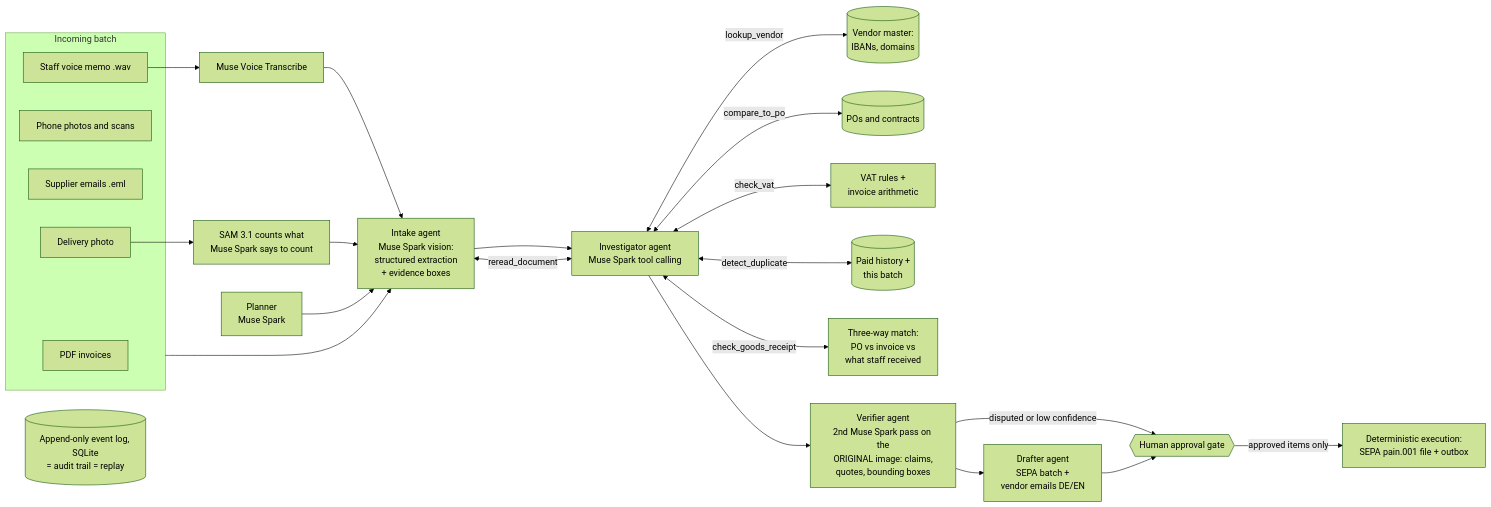
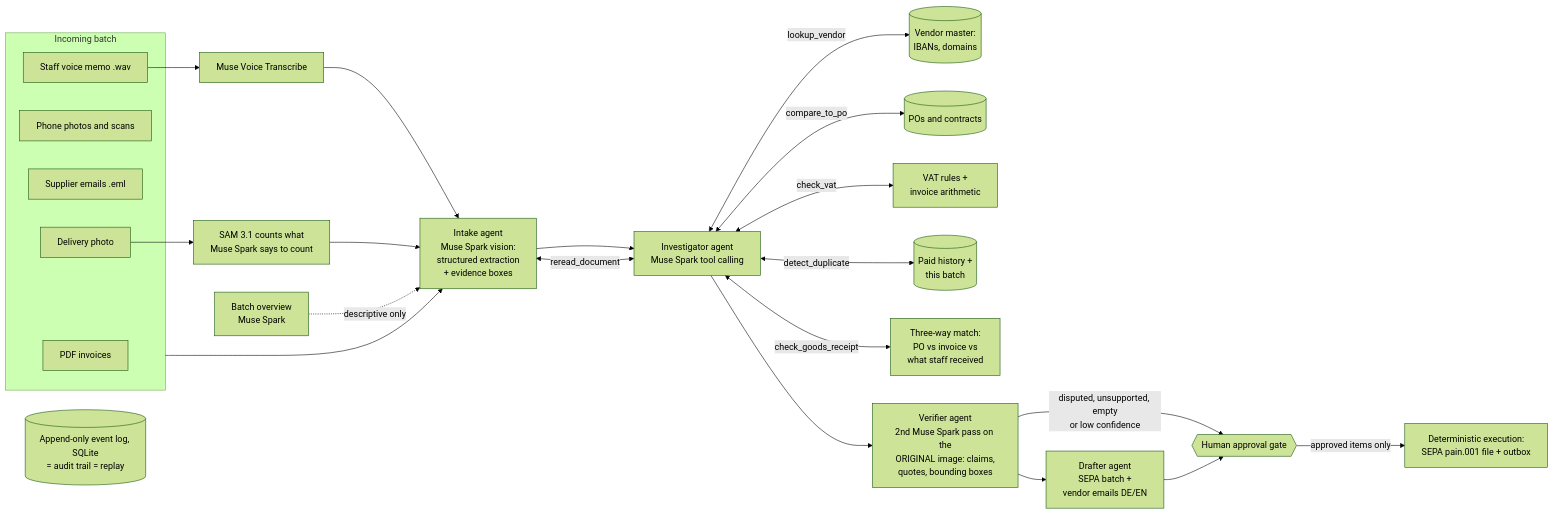
One commit to founder-sk-hub/ledgerline changed the diagram in README.md. Above: the diagram before and after it, drawn with Mermaid (forest theme). The commit also changed other lines of this file and 28 other files, not shown here.

````diff
--- a/README.md
+++ b/README.md
@@ -70,29 +73,29 @@
 ```mermaid
 flowchart LR
   subgraph IN[Incoming batch]
     A[PDF invoices]
     B[Phone photos and scans]
     C[Supplier emails .eml]
     M[Staff voice memo .wav]
     F[Delivery photo]
   end
   M --> ASR[Muse Voice Transcribe]
   F --> SAM[SAM 3.1 counts what<br/>Muse Spark says to count]
   ASR --> I
   SAM --> I
-  P[Planner<br/>Muse Spark] --> I
+  P[Batch overview<br/>Muse Spark] -. descriptive only .-> I
   IN --> I[Intake agent<br/>Muse Spark vision:<br/>structured extraction<br/>+ evidence boxes]
   I --> INV[Investigator agent<br/>Muse Spark tool calling]
   INV <-->|lookup_vendor| T1[(Vendor master:<br/>IBANs, domains)]
   INV <-->|compare_to_po| T2[(POs and contracts)]
   INV <-->|check_vat| T3[VAT rules +<br/>invoice arithmetic]
   INV <-->|detect_duplicate| T4[(Paid history +<br/>this batch)]
   INV <-->|check_goods_receipt| T5[Three-way match:<br/>PO vs invoice vs<br/>what staff received]
   INV <-->|reread_document| I
   INV --> V[Verifier agent<br/>2nd Muse Spark pass on the<br/>ORIGINAL image: claims,<br/>quotes, bounding boxes]
-  V -->|disputed or low confidence| H
+  V -->|disputed, unsupported, empty<br/>or low confidence| H
   V --> D[Drafter agent<br/>SEPA batch +<br/>vendor emails DE/EN]
   D --> H{{Human approval gate}}
   H -->|approved items only| X[Deterministic execution:<br/>SEPA pain.001 file + outbox]
   E[(Append-only event log, SQLite<br/>= audit trail = replay)]
 ```
````
